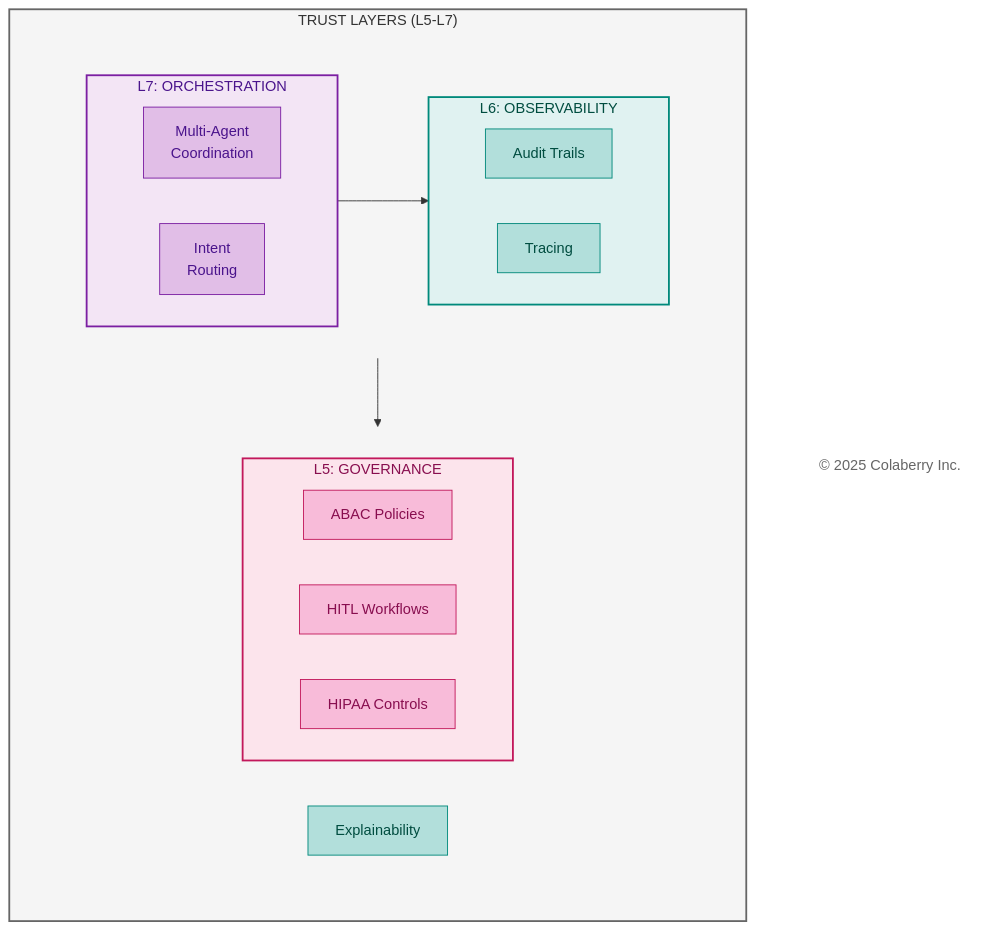
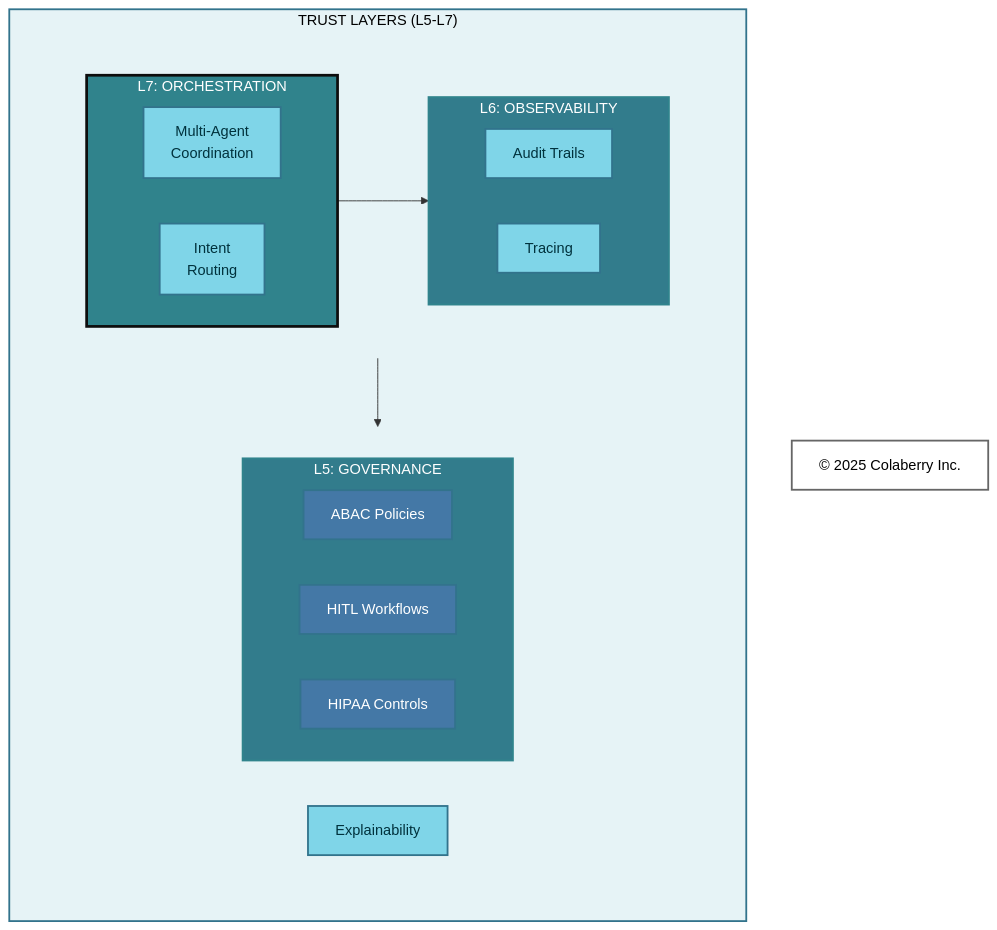
The sixth of 7 diagrams in manuscript/11_chapter_10_week_by_week_implementation.md (colaberry/trust-before-intelligence-book), drawn with Mermaid before and after one commit. The commit also changed other lines of this file, not shown here.

Commit message:
Update mermaid diagrams as per new coloberry color and contrast ratio for chapter 11

````diff
--- a/manuscript/11_chapter_10_week_by_week_implementation.md
+++ b/manuscript/11_chapter_10_week_by_week_implementation.md
@@ -1149,52 +1150,52 @@
 ```mermaid
 
 graph TB
     subgraph TRUST["TRUST LAYERS (L5-L7)"]
         direction TB
         subgraph ROW1[" "]
             direction LR
             subgraph ORCH["L7: ORCHESTRATION"]
                 O1["Multi-Agent<br/>Coordination"]
                 O2["Intent<br/>Routing"]
             end
             
             subgraph OBS["L6: OBSERVABILITY"]
                 B1["Audit Trails"]
                 B2["Tracing"]
             end
         end
         
         subgraph ROW2[" "]
             direction LR
             subgraph GOV["L5: GOVERNANCE"]
                 G1["ABAC Policies"]
                 G2["HITL Workflows"]
                 G3["HIPAA Controls"]
             end
             
             B3["Explainability"]
         end
     end
     
     Copyright["© 2025 Colaberry Inc."]
     
     ORCH --> OBS
     ROW1 --> ROW2
     
-    style TRUST fill:#f5f5f5,stroke:#666666,stroke-width:2px,color:#333333
+    style TRUST fill:#E6F3F6,stroke:#32738C,stroke-width:2px,color:#000000
     style ROW1 fill:none,stroke:none
     style ROW2 fill:none,stroke:none
-    style ORCH fill:#f3e5f5,stroke:#7b1fa2,stroke-width:2px,color:#4a148c
-    style OBS fill:#e0f2f1,stroke:#00897b,stroke-width:2px,color:#004d40
-    style GOV fill:#fce4ec,stroke:#c2185b,stroke-width:2px,color:#880e4f
-    style O1 fill:#e1bee7,stroke:#7b1fa2,color:#4a148c
-    style O2 fill:#e1bee7,stroke:#7b1fa2,color:#4a148c
-    style B1 fill:#b2dfdb,stroke:#00897b,color:#004d40
-    style B2 fill:#b2dfdb,stroke:#00897b,color:#004d40
-    style B3 fill:#b2dfdb,stroke:#00897b,color:#004d40
-    style G1 fill:#f8bbd9,stroke:#c2185b,color:#880e4f
-    style G2 fill:#f8bbd9,stroke:#c2185b,color:#880e4f
-    style G3 fill:#f8bbd9,stroke:#c2185b,color:#880e4f
-    style Copyright fill:#ffffff,stroke:none,color:#666666
+    style ORCH fill:#30838C,stroke:#0D0D0D,stroke-width:3px,color:#ffffff
+    style OBS fill:#327C8C,stroke:#30838C,stroke-width:2px,color:#ffffff
+    style GOV fill:#327C8C,stroke:#30838C,stroke-width:2px,color:#ffffff
+    style O1 fill:#7FD5E8,stroke:#32738C,stroke-width:2px,color:#00323D
+    style O2 fill:#7FD5E8,stroke:#32738C,stroke-width:2px,color:#00323D
+    style B1 fill:#7FD5E8,stroke:#32738C,stroke-width:2px,color:#00323D
+    style B2 fill:#7FD5E8,stroke:#32738C,stroke-width:2px,color:#00323D
+    style B3 fill:#7FD5E8,stroke:#32738C,stroke-width:2px,color:#00323D
+    style G1 fill:#4478A6,stroke:#32738C,stroke-width:2px,color:#ffffff
+    style G2 fill:#4478A6,stroke:#32738C,stroke-width:2px,color:#ffffff
+    style G3 fill:#4478A6,stroke:#32738C,stroke-width:2px,color:#ffffff
+    style Copyright fill:#ffffff,stroke:#666666,stroke-width:2px,color:#000000
 
 ```
````
